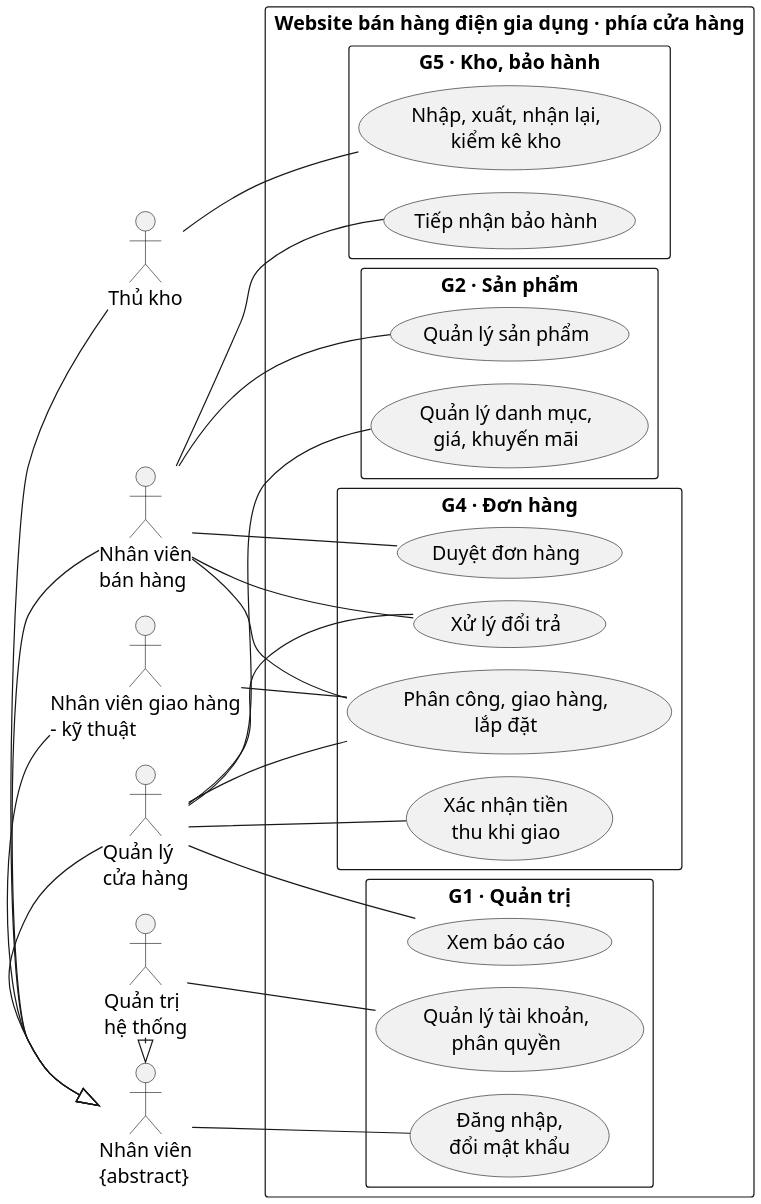
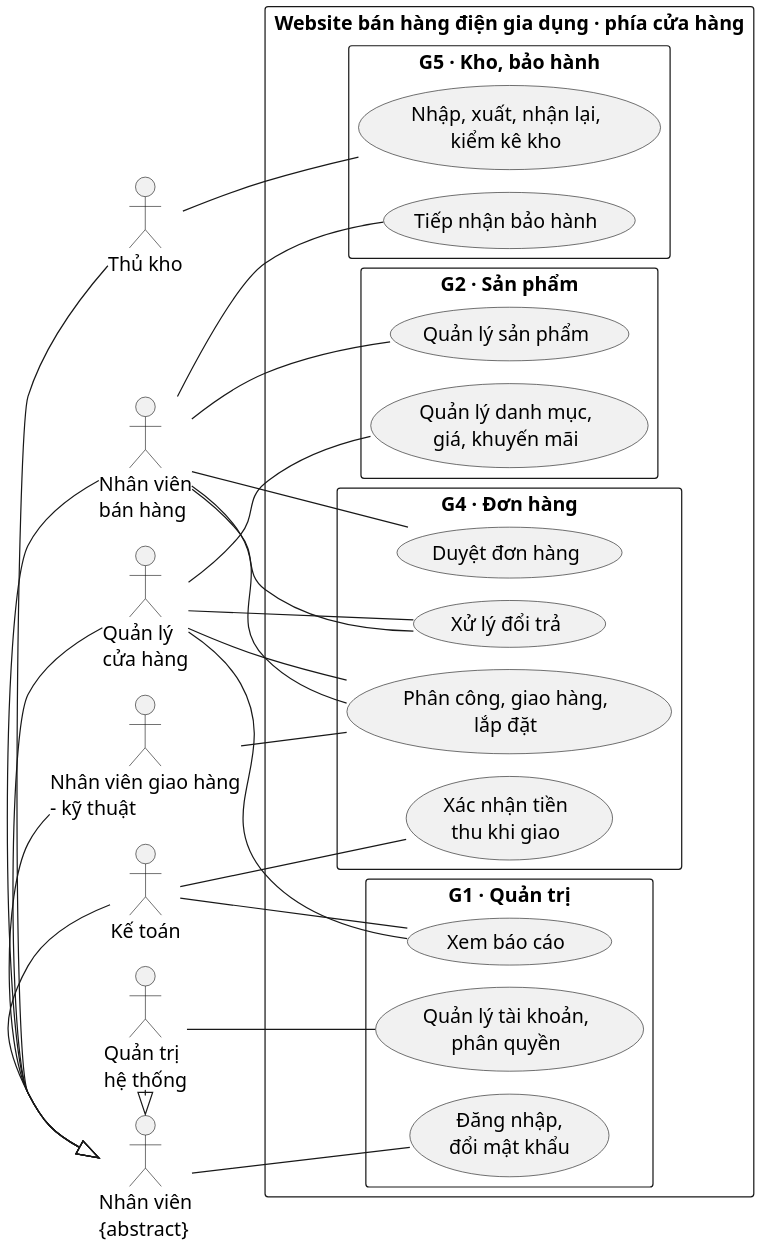
Before and after one commit to kietpham2309pt-debug/da_pttkhttt: the diagram in phan-tich/chung/so-do/uc-tong-quat-cua-hang.puml, drawn with PlantUML. The commit also changed 288 other files, not shown here.

```diff
--- a/phan-tich/chung/so-do/uc-tong-quat-cua-hang.puml
+++ b/phan-tich/chung/so-do/uc-tong-quat-cua-hang.puml
@@ -1,60 +1,63 @@
 @startuml uc-tong-quat-cua-hang
 !pragma layout smetana
 skinparam defaultFontName "Times New Roman"
 skinparam defaultFontSize 16
 skinparam monochrome true
 skinparam shadowing false
 skinparam dpi 170
 skinparam packageStyle rectangle
 left to right direction
 
 actor "Nhân viên\n{abstract}" as NV
 actor "Nhân viên\nbán hàng" as NVBH
 actor "Thủ kho" as TK
 actor "Nhân viên giao hàng\n– kỹ thuật" as NVGH
 actor "Quản lý\ncửa hàng" as QL
+actor "Kế toán" as KT
 actor "Quản trị\nhệ thống" as QTHT
 
 NVBH -|> NV
 TK -|> NV
 NVGH -|> NV
 QL -|> NV
+KT -|> NV
 QTHT -|> NV
 
 rectangle "Website bán hàng điện gia dụng · phía cửa hàng" {
   package "G1 · Quản trị" {
     usecase "Đăng nhập,\nđổi mật khẩu" as HT1
     usecase "Quản lý tài khoản,\nphân quyền" as HT2
     usecase "Xem báo cáo" as HT3
   }
   package "G2 · Sản phẩm" {
     usecase "Quản lý sản phẩm" as SP1
     usecase "Quản lý danh mục,\ngiá, khuyến mãi" as SP2
   }
   package "G4 · Đơn hàng" {
     usecase "Duyệt đơn hàng" as DH1
     usecase "Phân công, giao hàng,\nlắp đặt" as DH2
     usecase "Xác nhận tiền\nthu khi giao" as DH3
     usecase "Xử lý đổi trả" as DH4
   }
   package "G5 · Kho, bảo hành" {
     usecase "Nhập, xuất, nhận lại,\nkiểm kê kho" as KB1
     usecase "Tiếp nhận bảo hành" as KB2
   }
 }
 
 NV -- HT1
 QTHT -- HT2
 QL -- HT3
+KT -- HT3
 NVBH -- SP1
 QL -- SP2
 NVBH -- DH1
 QL -- DH2
 NVGH -- DH2
 NVBH -- DH2
-QL -- DH3
+KT -- DH3
 NVBH -- DH4
 QL -- DH4
 TK -- KB1
 NVBH -- KB2
 @enduml
```
